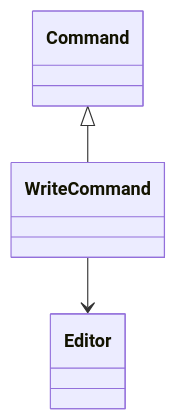
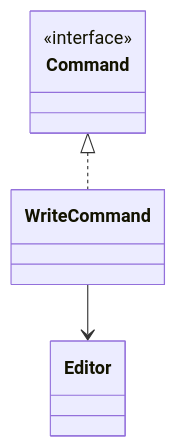
The second of 2 diagrams in examples/design_patterns/behavioral/command.md (remideboer/pys), drawn with Mermaid before and after one commit. The commit also changed 23 other files, not shown here.

````diff
--- a/examples/design_patterns/behavioral/command.md
+++ b/examples/design_patterns/behavioral/command.md
@@ -39,8 +39,10 @@
 ```mermaid
 classDiagram
-    class Command
+    class Command {
+        <<interface>>
+    }
     class WriteCommand
     class Editor
-    Command <|-- WriteCommand
+    Command <|.. WriteCommand
     WriteCommand --> Editor
 ```
````
